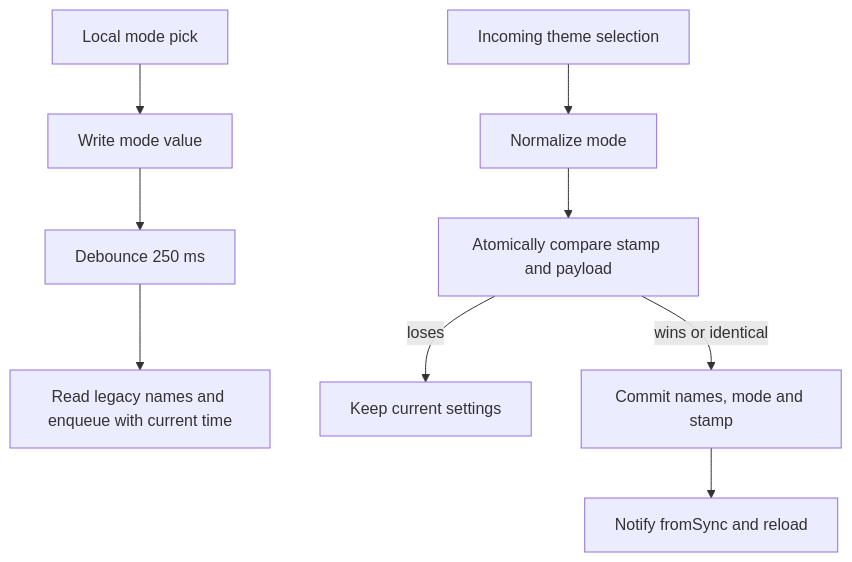
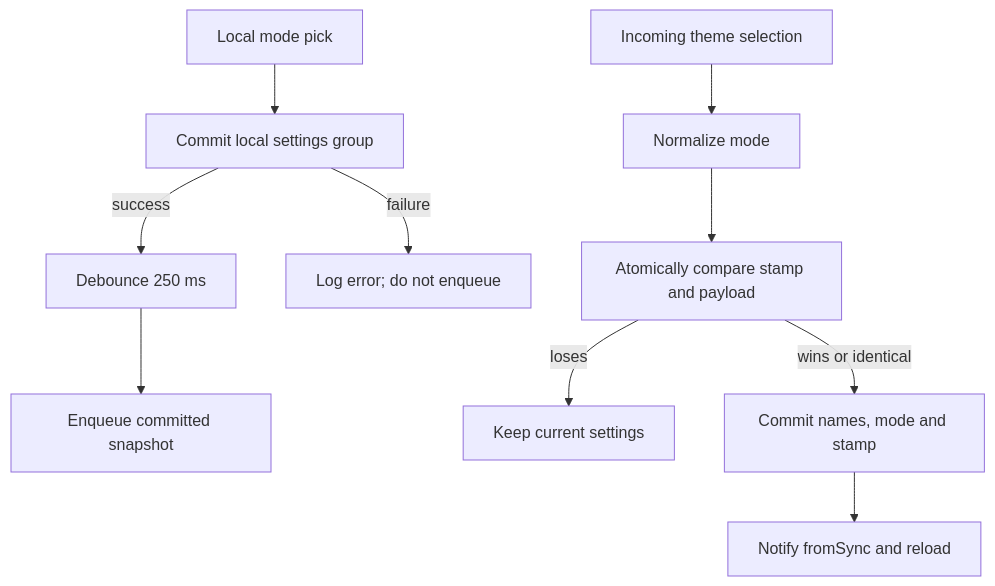
One commit to matthiasn/lotti changed the diagram in knowledge/features/theming.md. Above: the diagram before and after it, drawn with Mermaid. The commit also changed other lines of this file and 74 other files, not shown here.

````diff
--- a/knowledge/features/theming.md
+++ b/knowledge/features/theming.md
@@ -47,11 +50,12 @@
 ```mermaid
 flowchart TD
-  Pick["Local mode pick"] --> Save["Write mode value"]
-  Save --> Debounce["Debounce 250 ms"]
-  Debounce --> Enqueue["Read legacy names and enqueue with current time"]
+  Pick["Local mode pick"] --> Save["Commit local settings group"]
+  Save -->|success| Debounce["Debounce 250 ms"]
+  Debounce --> Enqueue["Enqueue committed snapshot"]
+  Save -->|failure| Log["Log error; do not enqueue"]
   Message["Incoming theme selection"] --> Normalize["Normalize mode"]
   Normalize --> Compare["Atomically compare stamp and payload"]
   Compare -->|loses| Ignore["Keep current settings"]
   Compare -->|wins or identical| Commit["Commit names, mode and stamp"]
   Commit --> Notify["Notify fromSync and reload"]
 ```
````
